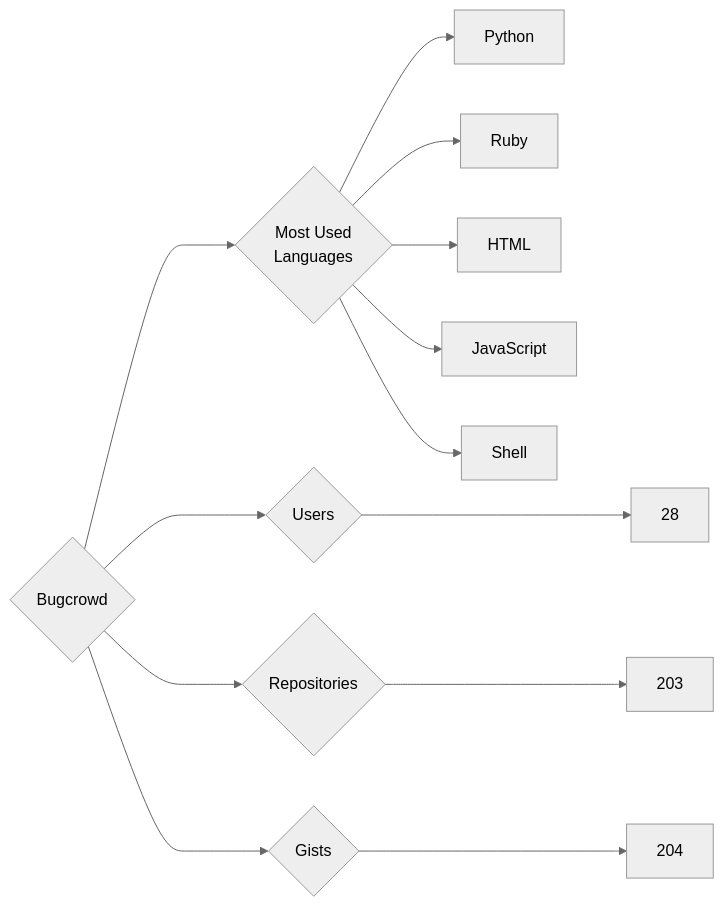
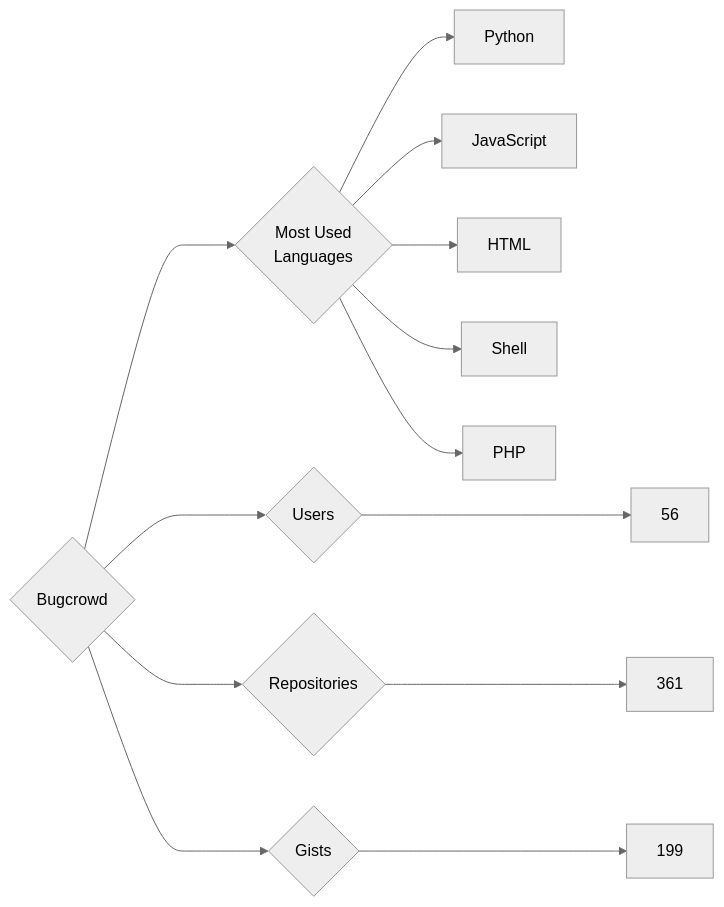
One commit to trickest/insiders changed the diagram in targets/Bugcrowd/README.md. Above: the diagram before and after it, drawn with Mermaid (neutral theme). The commit also changed 847 other files, not shown here.

````diff
--- a/targets/Bugcrowd/README.md
+++ b/targets/Bugcrowd/README.md
@@ -3,13 +3,13 @@
 ```mermaid
 graph LR
 COMPANY_NAME{Bugcrowd}
-COMPANY_NAME ---> U{Users} ---> UN[28]
-COMPANY_NAME ---> R{Repositories} ---> RN[203]
-COMPANY_NAME ---> G{Gists} ---> GN[204]
+COMPANY_NAME ---> U{Users} ---> UN[56]
+COMPANY_NAME ---> R{Repositories} ---> RN[361]
+COMPANY_NAME ---> G{Gists} ---> GN[199]
 COMPANY_NAME ---> ML{Most Used<br>Languages}
 ML --> Python[Python]
-ML --> Ruby[Ruby]
+ML --> JavaScript[JavaScript]
 ML --> HTML[HTML]
-ML --> JavaScript[JavaScript]
 ML --> Shell[Shell]
+ML --> PHP[PHP]
 ```
````
